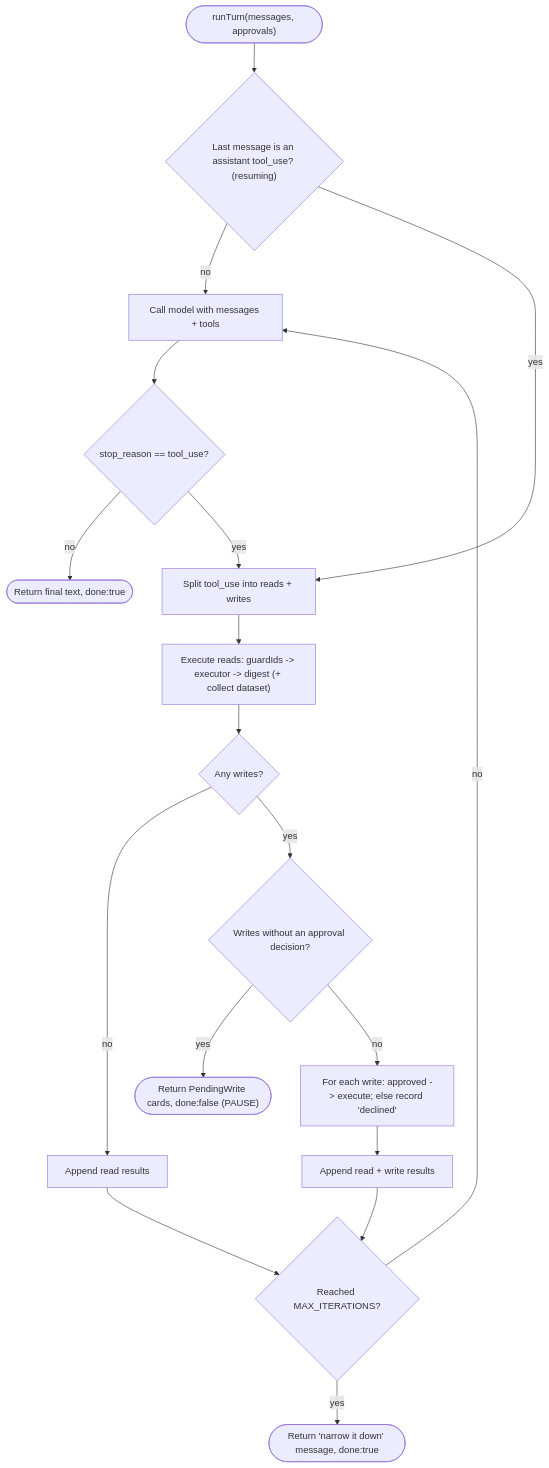
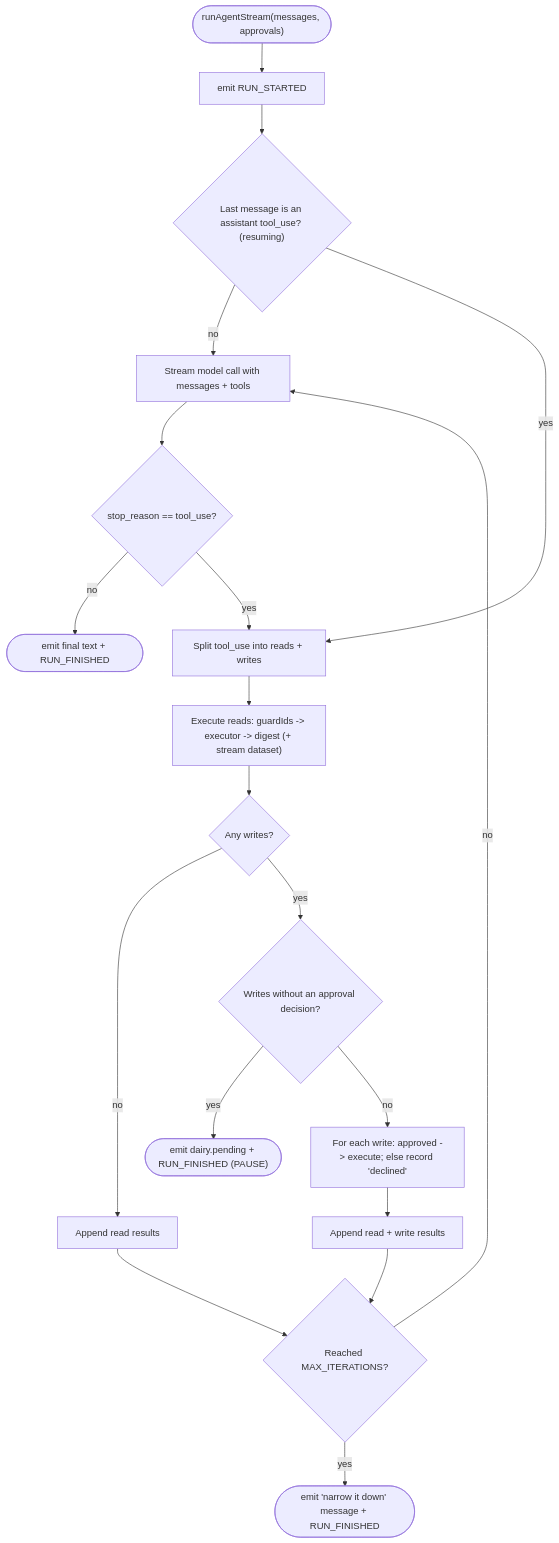
The third of 7 diagrams in docs/PROJECT_OVERVIEW.md (i-adnanali/dairy-agent), drawn with Mermaid before and after one commit. The commit also changed other lines of this file and 3 other files, not shown here.

First line of the commit message:
docs: fix architecture drift; remove stray artifacts

````diff
--- a/docs/PROJECT_OVERVIEW.md
+++ b/docs/PROJECT_OVERVIEW.md
@@ -121,23 +127,24 @@
 ```mermaid
 flowchart TD
-    Start(["runTurn(messages, approvals)"]) --> Resume{"Last message is an assistant tool_use? (resuming)"}
-    Resume -- "no" --> Call["Call model with messages + tools"]
+    Start(["runAgentStream(messages, approvals)"]) --> Started["emit RUN_STARTED"]
+    Started --> Resume{"Last message is an assistant tool_use? (resuming)"}
+    Resume -- "no" --> Call["Stream model call with messages + tools"]
     Call --> Stop{"stop_reason == tool_use?"}
-    Stop -- "no" --> Done(["Return final text, done:true"])
+    Stop -- "no" --> Done(["emit final text + RUN_FINISHED"])
     Stop -- "yes" --> Split["Split tool_use into reads + writes"]
     Resume -- "yes" --> Split
 
-    Split --> RunReads["Execute reads: guardIds -> executor -> digest (+ collect dataset)"]
+    Split --> RunReads["Execute reads: guardIds -> executor -> digest (+ stream dataset)"]
     RunReads --> HasWrites{"Any writes?"}
     HasWrites -- "no" --> Feed["Append read results"]
     Feed --> Cap
 
     HasWrites -- "yes" --> Unresolved{"Writes without an approval decision?"}
-    Unresolved -- "yes" --> Pause(["Return PendingWrite cards, done:false (PAUSE)"])
+    Unresolved -- "yes" --> Pause(["emit dairy.pending + RUN_FINISHED (PAUSE)"])
     Unresolved -- "no" --> Apply["For each write: approved -> execute; else record 'declined'"]
     Apply --> FeedW["Append read + write results"]
     FeedW --> Cap
 
     Cap{"Reached MAX_ITERATIONS?"} -- "no" --> Call
-    Cap -- "yes" --> Narrow(["Return 'narrow it down' message, done:true"])
+    Cap -- "yes" --> Narrow(["emit 'narrow it down' message + RUN_FINISHED"])
 ```
````
